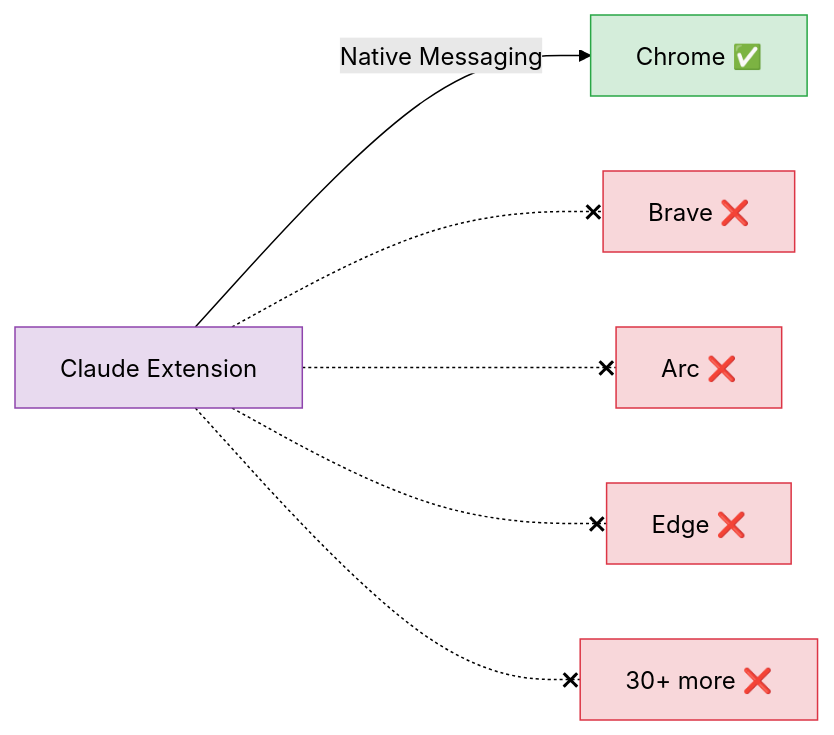
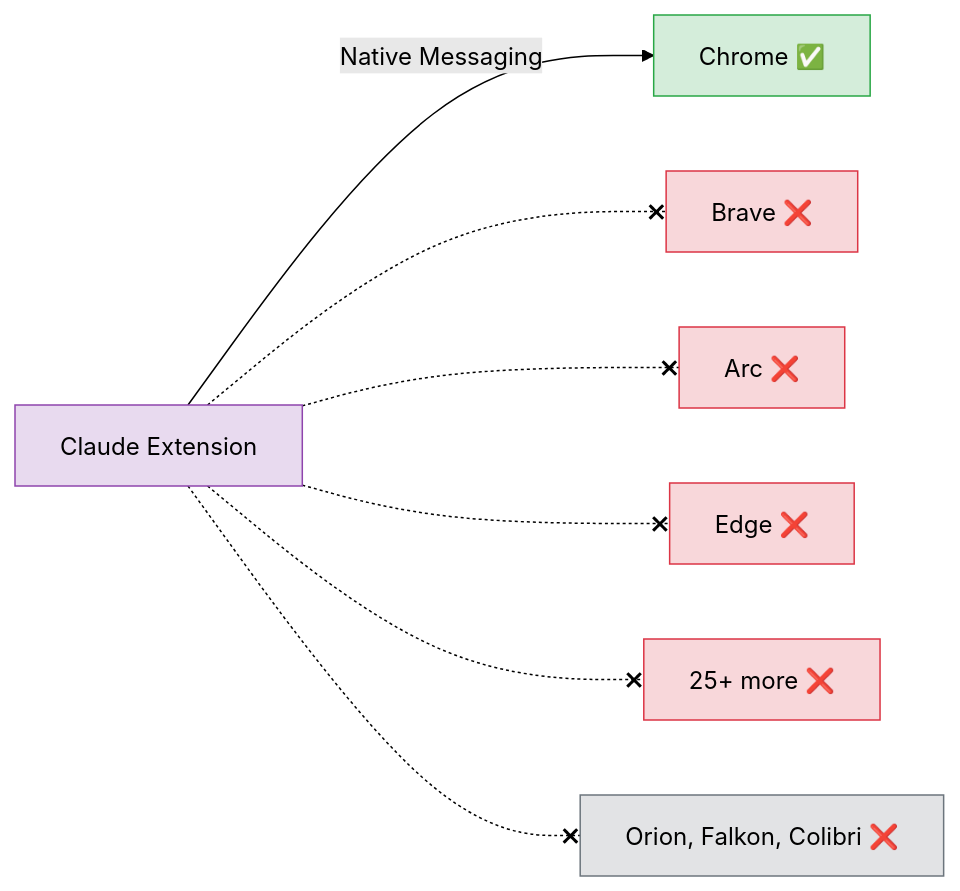
Before and after one commit to stolot0mt0m/claude-chromium-native-messaging: the first of 4 diagrams in README.md, drawn with Mermaid (forest theme). The commit also changed other lines of this file, not shown here.

````diff
--- a/README.md
+++ b/README.md
@@ -107,15 +107,17 @@
 ```mermaid
 graph LR
     EXT["Claude Extension"] -->|"Native Messaging"| CHROME["Chrome ✅"]
     EXT -.-x BRAVE["Brave ❌"]
     EXT -.-x ARC["Arc ❌"]
     EXT -.-x EDGE["Edge ❌"]
-    EXT -.-x MORE["30+ more ❌"]
+    EXT -.-x MORE["25+ more ❌"]
+    EXT -.-x INCOMPAT["Orion, Falkon, Colibri ❌"]
 
     style CHROME fill:#d4edda,stroke:#28a745,color:#000
     style BRAVE fill:#f8d7da,stroke:#dc3545,color:#000
     style ARC fill:#f8d7da,stroke:#dc3545,color:#000
     style EDGE fill:#f8d7da,stroke:#dc3545,color:#000
     style MORE fill:#f8d7da,stroke:#dc3545,color:#000
+    style INCOMPAT fill:#e2e3e5,stroke:#6c757d,color:#000
     style EXT fill:#e8daef,stroke:#8e44ad,color:#000
 ```
````
